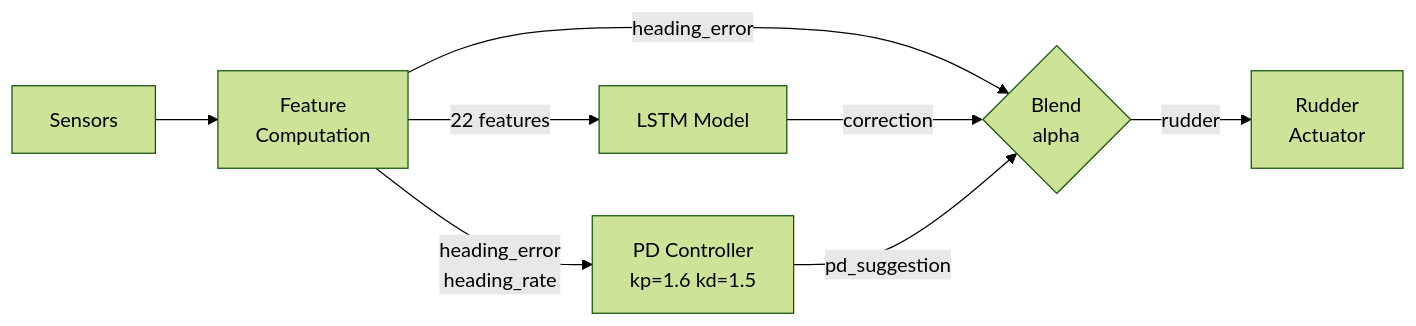
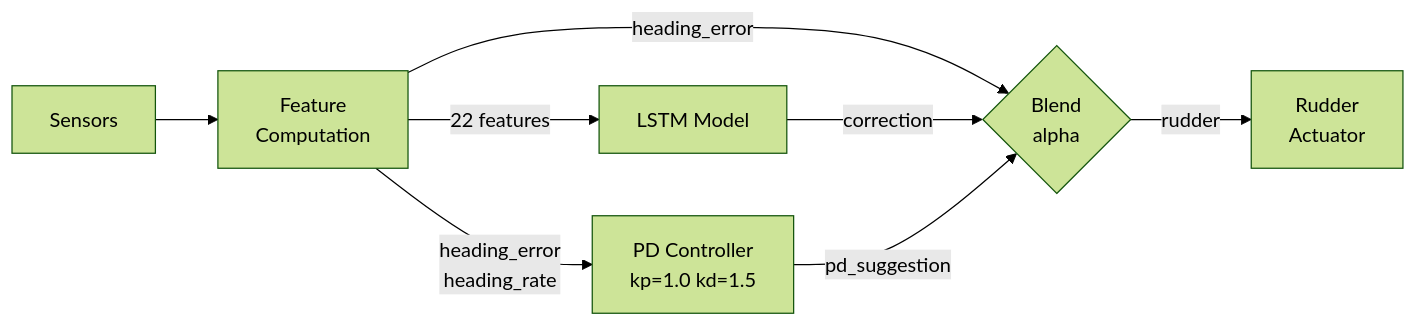
One commit to ieb/autopilot changed the first of 4 diagrams in docs/blended_pd_ml_controller.md. Above: the diagram before and after it, drawn with Mermaid (forest theme). The commit also changed other lines of this file and 29 other files, not shown here.

````diff
--- a/docs/blended_pd_ml_controller.md
+++ b/docs/blended_pd_ml_controller.md
@@ -7,10 +7,10 @@
 ```mermaid
 graph LR
     S[Sensors] --> F[Feature<br/>Computation]
     F --> |22 features| ML[LSTM Model]
-    F --> |heading_error<br/>heading_rate| PD[PD Controller<br/>kp=1.6 kd=1.5]
+    F --> |heading_error<br/>heading_rate| PD[PD Controller<br/>kp=1.0 kd=1.5]
     F --> |heading_error| B{Blend<br/>alpha}
     ML --> |correction| B
     PD --> |pd_suggestion| B
     B --> |rudder| R[Rudder<br/>Actuator]
 ```
````
